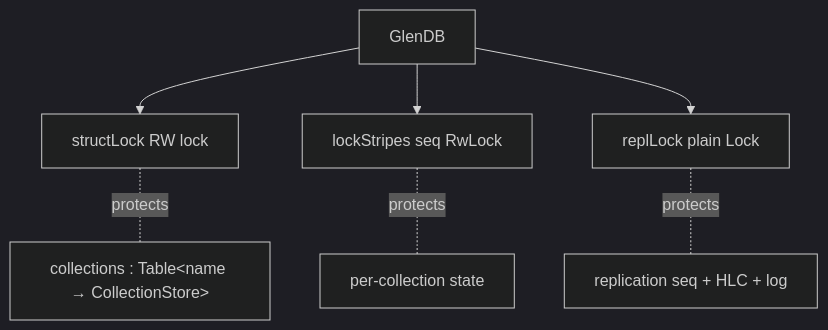
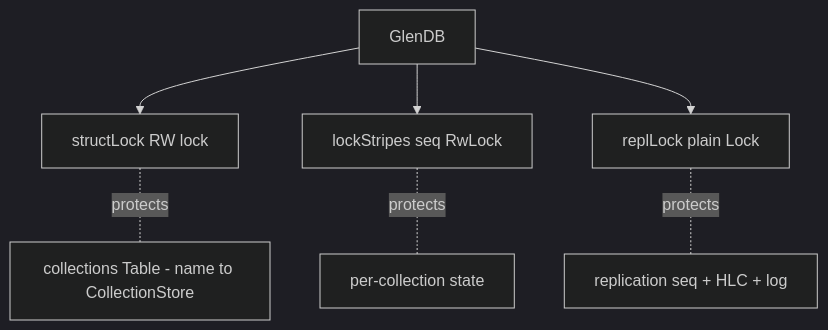
The first of 5 diagrams in docs/concurrency.md (oshaulz/glen), drawn with Mermaid (dark theme) before and after one commit. The commit also changed other lines of this file and 1 other file, not shown here.

````diff
--- a/docs/concurrency.md
+++ b/docs/concurrency.md
@@ -9,15 +9,15 @@
 ```mermaid
 graph TB
   DB[GlenDB]
   Struct[structLock RW lock]
   Stripes[lockStripes seq RwLock]
   ReplLock[replLock plain Lock]
 
   DB --> Struct
   DB --> Stripes
   DB --> ReplLock
 
-  Struct -.protects.- Coll[collections : Table&lt;name → CollectionStore&gt;]
+  Struct -.protects.- Coll[collections Table - name to CollectionStore]
   Stripes -.protects.- CSData[per-collection state]
   ReplLock -.protects.- ReplLog[replication seq + HLC + log]
 ```
````
